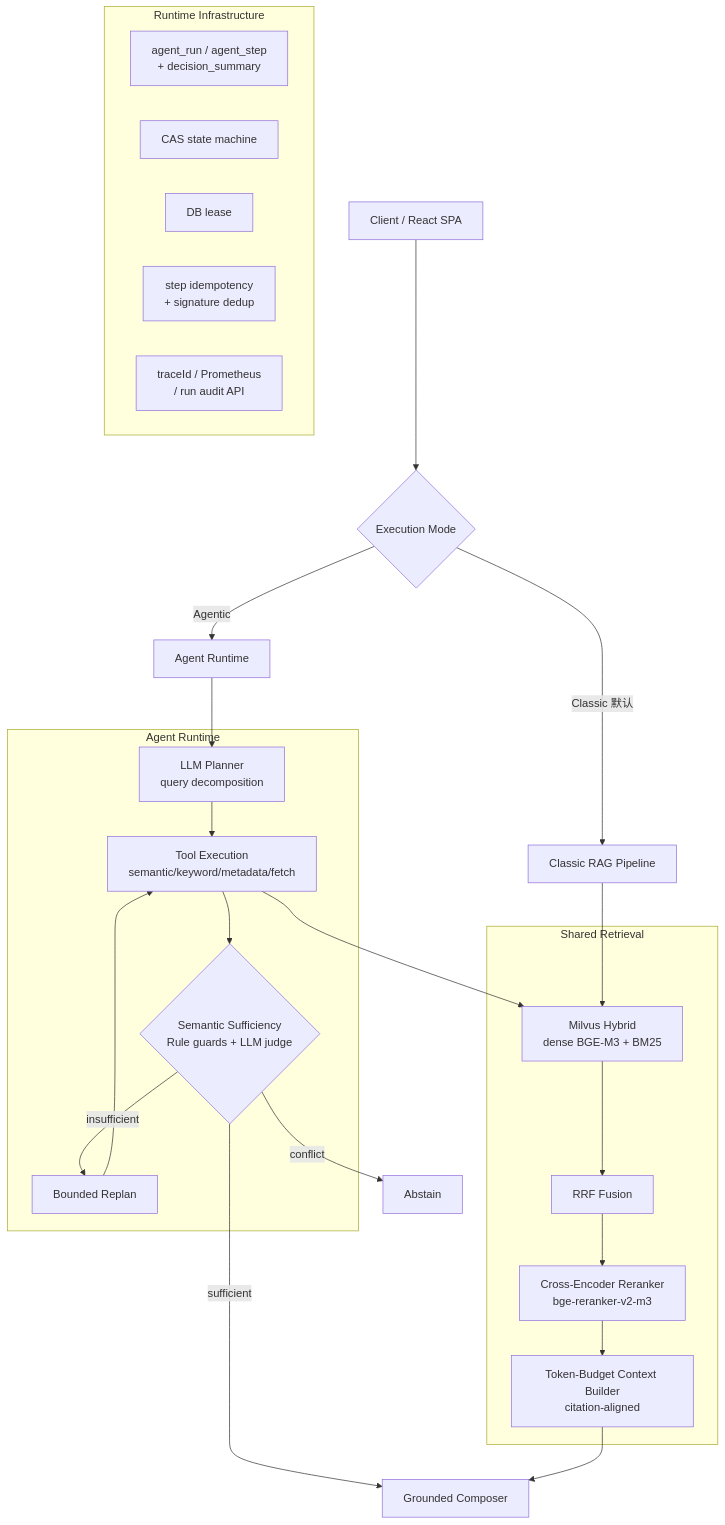
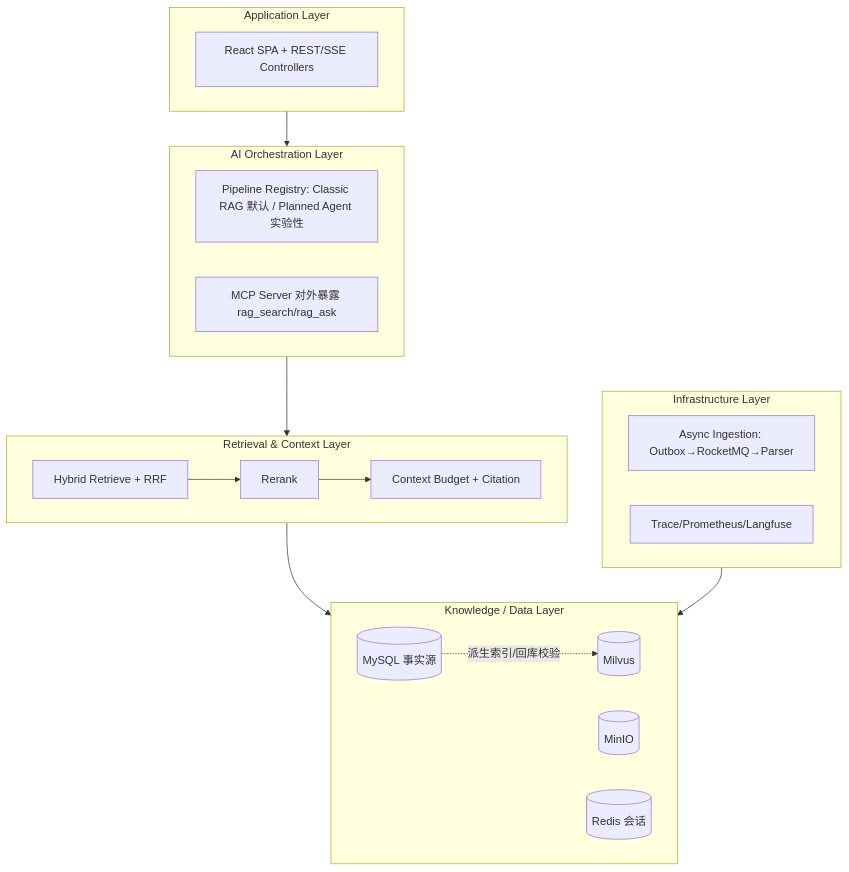
Before and after one commit to HHHAnQi/kiwi-doc: the first of 4 diagrams in README.md, drawn with Mermaid. The commit also changed other lines of this file and 1 other file, not shown here.

````diff
--- a/README.md
+++ b/README.md
@@ -38,34 +56,22 @@
 ```mermaid
 flowchart TB
-    U[Client / React SPA] --> R{Execution Mode}
-    R -->|Classic 默认| CR[Classic RAG Pipeline]
-    R -->|Agentic| AR[Agent Runtime]
-
-    subgraph Retrieval [Shared Retrieval]
-        HR[Milvus Hybrid<br/>dense BGE-M3 + BM25] --> RRF[RRF Fusion]
-        RRF --> RR[Cross-Encoder Reranker<br/>bge-reranker-v2-m3]
-        RR --> CB[Token-Budget Context Builder<br/>citation-aligned]
+    subgraph APP [Application Layer]
+        UI[React SPA + REST/SSE Controllers]
     end
-    CR --> HR
-
-    subgraph Agent [Agent Runtime]
-        P[LLM Planner<br/>query decomposition] --> X[Tool Execution<br/>semantic/keyword/metadata/fetch]
-        X --> S{Semantic Sufficiency<br/>Rule guards + LLM judge}
-        S -->|insufficient| RP[Bounded Replan]
-        RP --> X
+    subgraph ORCH [AI Orchestration Layer]
+        PIPE[Pipeline Registry: Classic RAG 默认 / Planned Agent 实验性]
+        MCP[MCP Server 对外暴露 rag_search/rag_ask]
     end
-    AR --> P
-    X --> HR
-
-    S -->|sufficient| G[Grounded Composer]
-    S -->|conflict| A[Abstain]
-    CB --> G
-
-    subgraph Runtime [Runtime Infrastructure]
-        ST[agent_run / agent_step<br/>+ decision_summary]
-        CAS[CAS state machine]
-        LS[DB lease]
-        ID[step idempotency<br/>+ signature dedup]
-        OBS[traceId / Prometheus<br/>/ run audit API]
+    subgraph RET [Retrieval & Context Layer]
+        HYB[Hybrid Retrieve + RRF] --> RER[Rerank] --> CTX[Context Budget + Citation]
     end
+    subgraph DATA [Knowledge / Data Layer]
+        MY[(MySQL 事实源)] -.派生索引/回库校验.-> MV[(Milvus)]
+        MINIO[(MinIO)] & REDIS[(Redis 会话)]
+    end
+    subgraph INFRA [Infrastructure Layer]
+        ING[Async Ingestion: Outbox→RocketMQ→Parser] & OBS[Trace/Prometheus/Langfuse]
+    end
+    APP --> ORCH --> RET --> DATA
+    INFRA --> DATA
 ```
````
